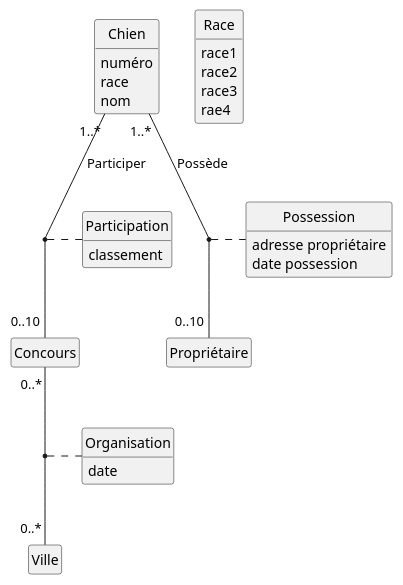
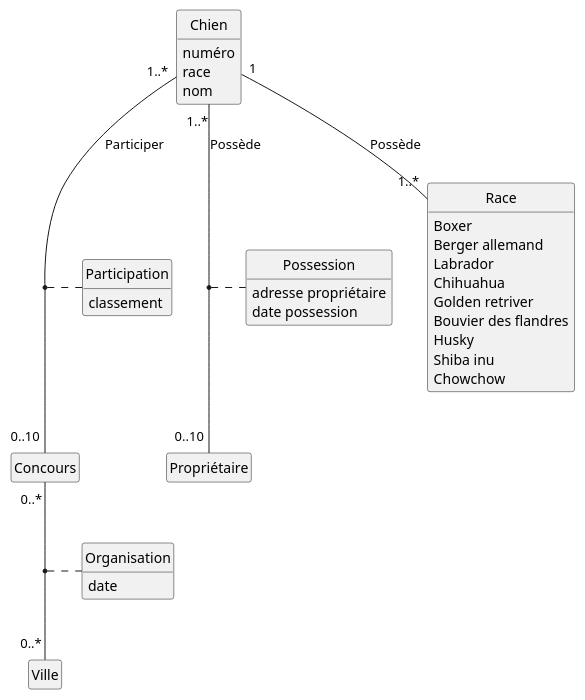
Before and after one commit to IUT-Blagnac/bcoo-LordHugo02: the diagram in TD2/canin.plantuml, drawn with PlantUML.

Commit message:
minor changes on races

```diff
--- a/TD2/canin.plantuml
+++ b/TD2/canin.plantuml
@@ -1,73 +1,80 @@
 @startuml Titre
 '--------------------------------
 ' Parametres pour le dessin
 '--------------------------------
 hide circle
 hide empty members
 hide empty methods
 '--------------------------------
 
 class Chien
 {
     numéro
     race
     nom
    
 
 }
 
 class Propriétaire
 {
 
 
 }
 
 class Race
 {
-    race1
-    race2
-    race3
-    rae4
+   Boxer 
+   Berger allemand 
+   Labrador 
+   Chihuahua 
+   Golden retriver 
+   Bouvier des flandres 
+   Husky 
+   Shiba inu 
+   Chowchow 
+   
 
 }
 
 class Concours 
 {
 
 
 
 }
 
 class Participation
 {
     classement
 }
 
 class Ville
 {
 
 }
 
 class Organisation
 {
     date
 }
 
 class Possession
 {
  adresse propriétaire
     date possession
 }
 
 
 
 Chien "1..*" -- "0..10" Propriétaire : Possède
+Chien "1" -- "1..*" Race : Possède
 Chien "1..*" -- "0..10" Concours : Participer
 Concours "0..*" -- "0..*" Ville 
 
 (Chien, Concours) . Participation
 (Concours, Ville). Organisation
 (Chien, Propriétaire). Possession
 
 
 @enduml
```
